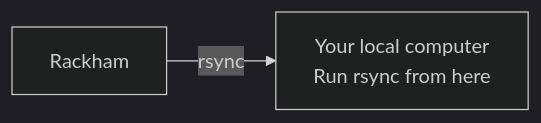
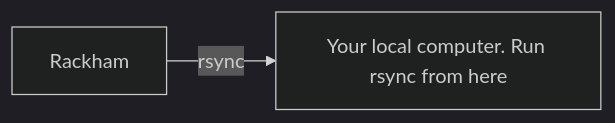
The second of 2 diagrams in docs/software/rsync_on_rackham.md (UPPMAX/UPPMAX-documentation), drawn with Mermaid (dark theme) before and after one commit. The commit also changed other lines of this file and 6 other files, not shown here.

````diff
--- a/docs/software/rsync_on_rackham.md
+++ b/docs/software/rsync_on_rackham.md
@@ -36,7 +36,7 @@
 ```mermaid
 flowchart LR
-  local_computer[Your local computer\nRun rsync from here]
+  local_computer[Your local computer. Run rsync from here]
   rackham[Rackham]
 
   rackham --> |rsync| local_computer
 ```
````
